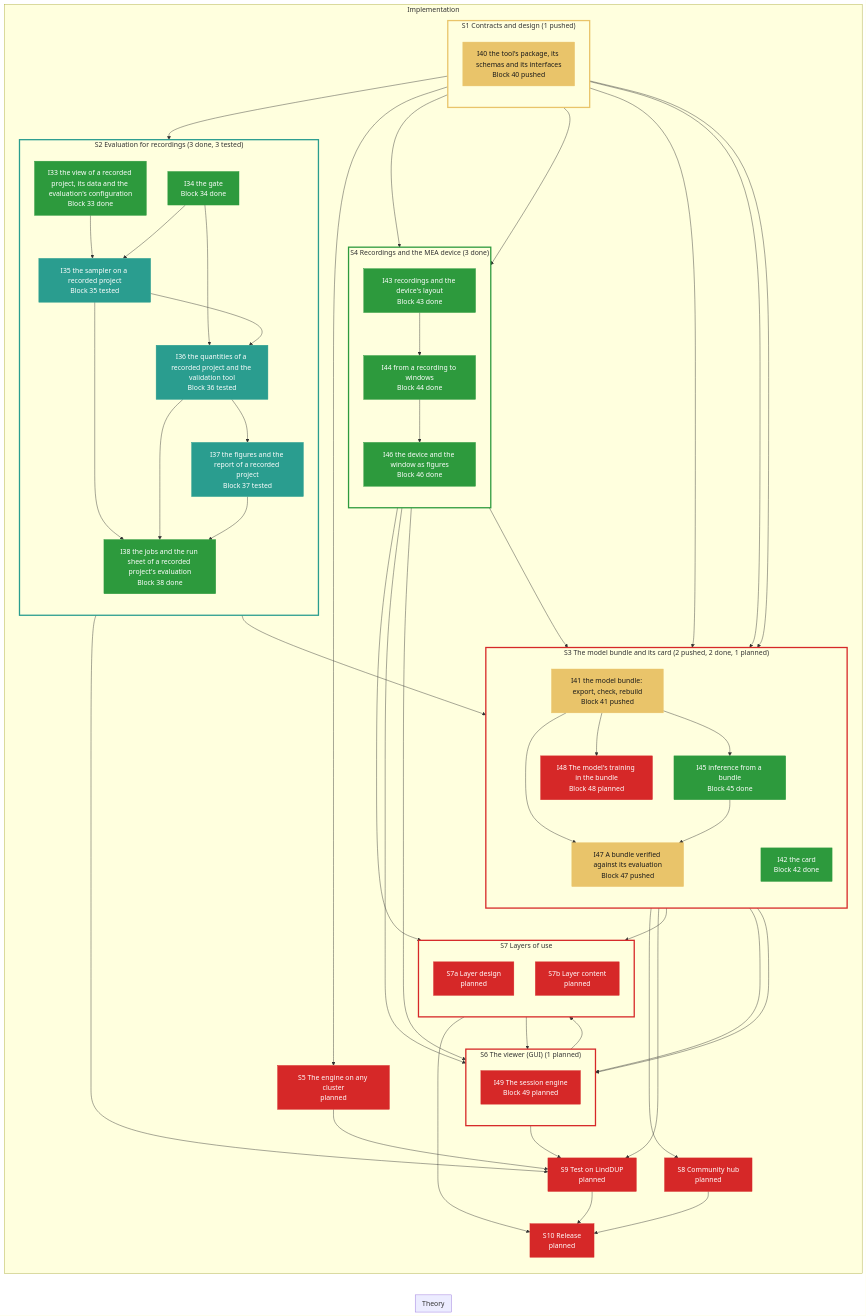
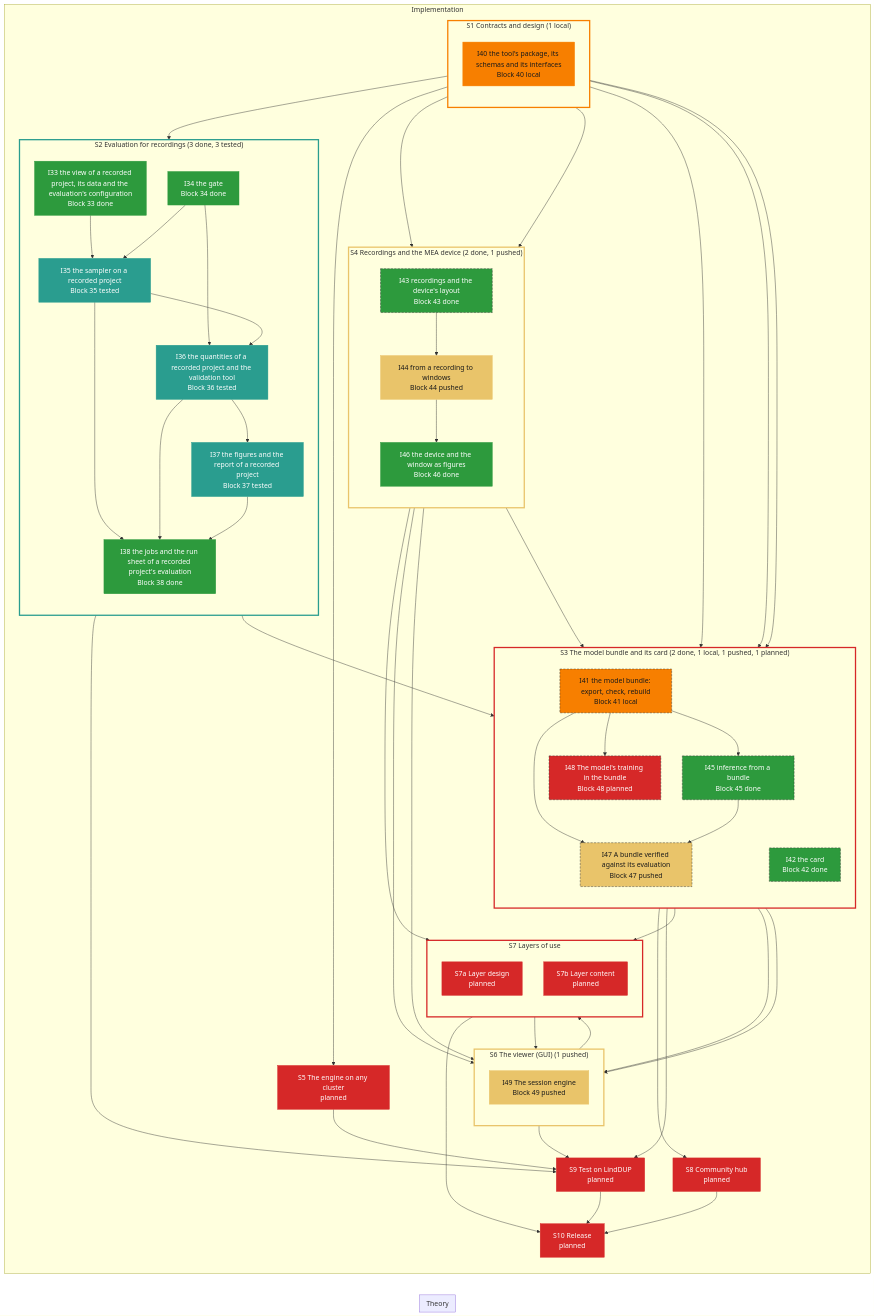
Before and after one commit to Leonardodm00/Simulation-Based-Inference: the diagram in specs/roadmap/tool.md, drawn with Mermaid. The commit also changed other lines of this file and 1 other file, not shown here.

Commit message:
SPEC: block 48 smoke-tested and merged; format sbitool_bundle/2; progress while something runs (D-192); roadmap rendered
Claude-Session: https://claude.ai/code/session_015FuK9waJUq8JtaZq99jETA

````diff
--- a/specs/roadmap/tool.md
+++ b/specs/roadmap/tool.md
@@ -21,9 +21,9 @@
     end
     subgraph impl["Implementation"]
         direction TB
-        subgraph grp_S1["S1 Contracts and design (1 pushed)"]
+        subgraph grp_S1["S1 Contracts and design (1 local)"]
             direction TB
-            I40["I40 the tool's package, its schemas and its interfaces<br/>Block 40 pushed"]:::pushed
+            I40["I40 the tool's package, its schemas and its interfaces<br/>Block 40 local"]:::local
         end
         subgraph grp_S2["S2 Evaluation for recordings (3 done, 3 tested)"]
             direction TB
@@ -34,24 +34,24 @@
             I37["I37 the figures and the report of a recorded project<br/>Block 37 tested"]:::tested
             I38["I38 the jobs and the run sheet of a recorded project's evaluation<br/>Block 38 done"]:::done
         end
-        subgraph grp_S3["S3 The model bundle and its card (2 pushed, 2 done, 1 planned)"]
+        subgraph grp_S3["S3 The model bundle and its card (2 done, 1 local, 1 pushed, 1 planned)"]
             direction TB
-            I41["I41 the model bundle: export, check, rebuild<br/>Block 41 pushed"]:::pushed
+            I41["I41 the model bundle: export, check, rebuild<br/>Block 41 local"]:::local
             I42["I42 the card<br/>Block 42 done"]:::done
             I45["I45 inference from a bundle<br/>Block 45 done"]:::done
             I47["I47 A bundle verified against its evaluation<br/>Block 47 pushed"]:::pushed
             I48["I48 The model's training in the bundle<br/>Block 48 planned"]:::planned
         end
-        subgraph grp_S4["S4 Recordings and the MEA device (3 done)"]
+        subgraph grp_S4["S4 Recordings and the MEA device (2 done, 1 pushed)"]
             direction TB
             I43["I43 recordings and the device's layout<br/>Block 43 done"]:::done
-            I44["I44 from a recording to windows<br/>Block 44 done"]:::done
+            I44["I44 from a recording to windows<br/>Block 44 pushed"]:::pushed
             I46["I46 the device and the window as figures<br/>Block 46 done"]:::done
         end
         S5["S5 The engine on any cluster<br/>planned"]:::planned
-        subgraph grp_S6["S6 The viewer (GUI) (1 planned)"]
+        subgraph grp_S6["S6 The viewer (GUI) (1 pushed)"]
             direction TB
-            I49["I49 The session engine<br/>Block 49 planned"]:::planned
+            I49["I49 The session engine<br/>Block 49 pushed"]:::pushed
         end
         subgraph grp_S7["S7 Layers of use"]
             direction TB
@@ -101,10 +101,11 @@
         I44 --> I49
         I45 --> I49
     end
-    style grp_S1 stroke:#e9c46a,stroke-width:3px
+    class I41,I42,I43,I45,I47,I48 blocked
+    style grp_S1 stroke:#f77f00,stroke-width:3px
     style grp_S2 stroke:#2a9d8f,stroke-width:3px
     style grp_S3 stroke:#d62828,stroke-width:3px
-    style grp_S4 stroke:#2d9a3d,stroke-width:3px
-    style grp_S6 stroke:#d62828,stroke-width:3px
+    style grp_S4 stroke:#e9c46a,stroke-width:3px
+    style grp_S6 stroke:#e9c46a,stroke-width:3px
     style grp_S7 stroke:#d62828,stroke-width:3px
 ```
````
